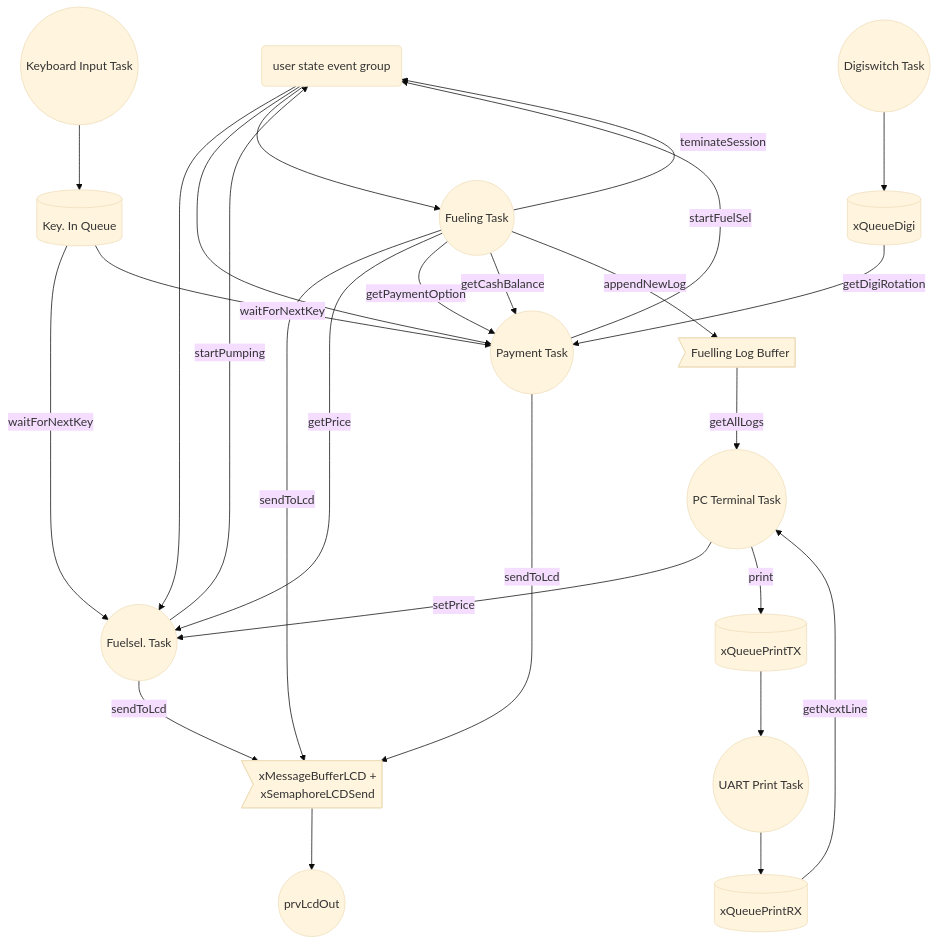
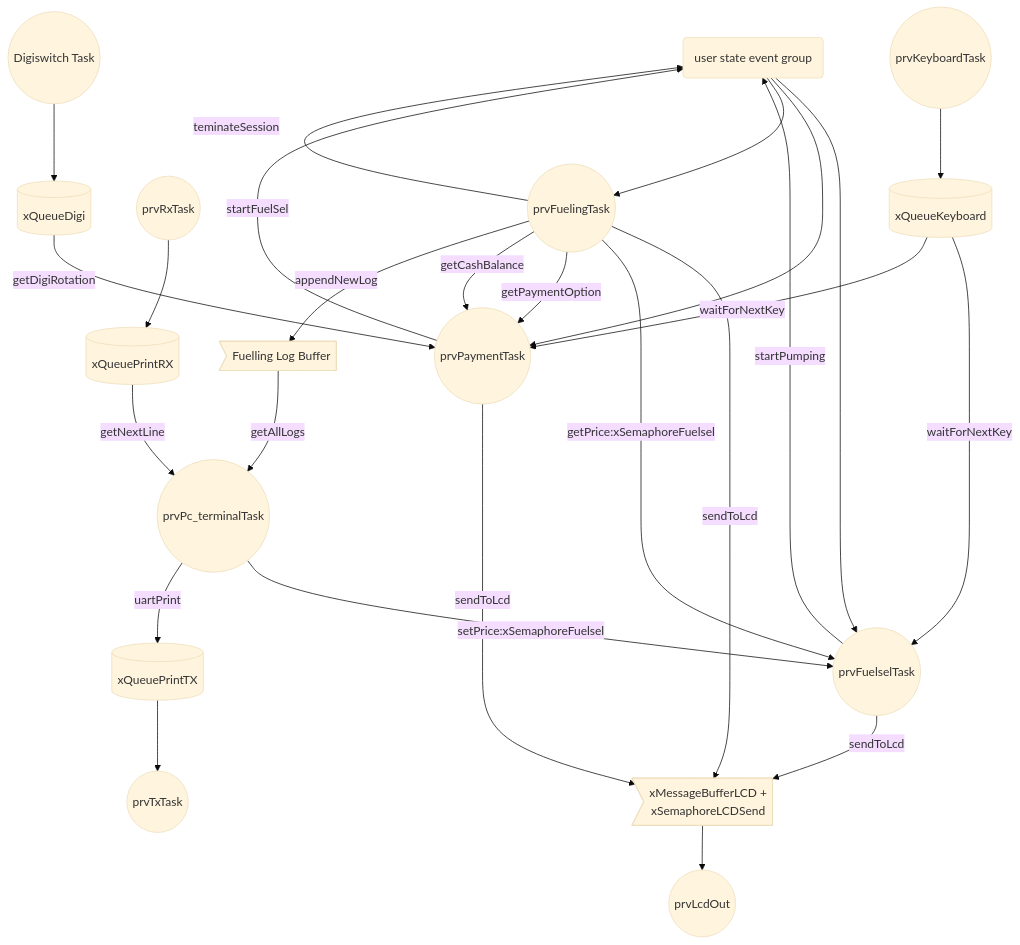
The diagram in README.md (jjsanda/SDU-embedded-programming), drawn with Mermaid (base theme) before and after one commit.

````diff
--- a/README.md
+++ b/README.md
@@ -3,57 +3,58 @@
 ```mermaid
 graph TD
 
   gsEG(user state event group)
 
-  pay((Payment Task))
-  fuelsel((Fuelsel. Task))
-  fueling((Fueling Task))
+  pay((prvPaymentTask))
+  fuelsel((prvFuelselTask))
+  fueling((prvFuelingTask))
   lcd((prvLcdOut))
-  keyboard((Keyboard Input Task))
+  keyboard((prvKeyboardTask))
   digi((Digiswitch Task))
-  uart((UART Print Task))
-  pc((PC Terminal Task))
+  uartRX((prvRxTask))
+  uartTX((prvTxTask))
+  pc((prvPc_terminalTask))
   
-  keyQ[(Key. In Queue)]
+  keyQ[(xQueueKeyboard)]
   digiQ[(xQueueDigi)]
   rxQ[(xQueuePrintRX)]
   txQ[(xQueuePrintTX)]
 
   lcdB>xMessageBufferLCD +<br/>xSemaphoreLCDSend]
   logB>Fuelling Log Buffer]
 
 
   keyQ--waitForNextKey-->fuelsel
   gsEG-->fuelsel
-  pc--setPrice-->fuelsel
+  pc--setPrice:xSemaphoreFuelsel-->fuelsel
   fuelsel--sendToLcd-->lcdB
   fuelsel--startPumping-->gsEG
   
 
-  uart-->rxQ
+  uartRX-->rxQ
   rxQ--getNextLine-->pc
-  pc--print-->txQ
+  pc--uartPrint-->txQ
   logB--getAllLogs-->pc
-  txQ-->uart
+  txQ-->uartTX
 
   keyboard-->keyQ 
   keyQ--waitForNextKey-->pay
   gsEG-->pay
   digi-->digiQ
   digiQ--getDigiRotation-->pay
   pay--sendToLcd-->lcdB
   pay--startFuelSel-->gsEG
 
 
 
   lcdB-->lcd
 
 
   gsEG-->fueling
   fueling--sendToLcd-->lcdB
-  fueling--getPrice-->fuelsel
+  fueling--getPrice:xSemaphoreFuelsel-->fuelsel
   fueling--getPaymentOption-->pay
   fueling--getCashBalance-->pay
   fueling--teminateSession-->gsEG
   fueling--appendNewLog-->logB
 ```
````
